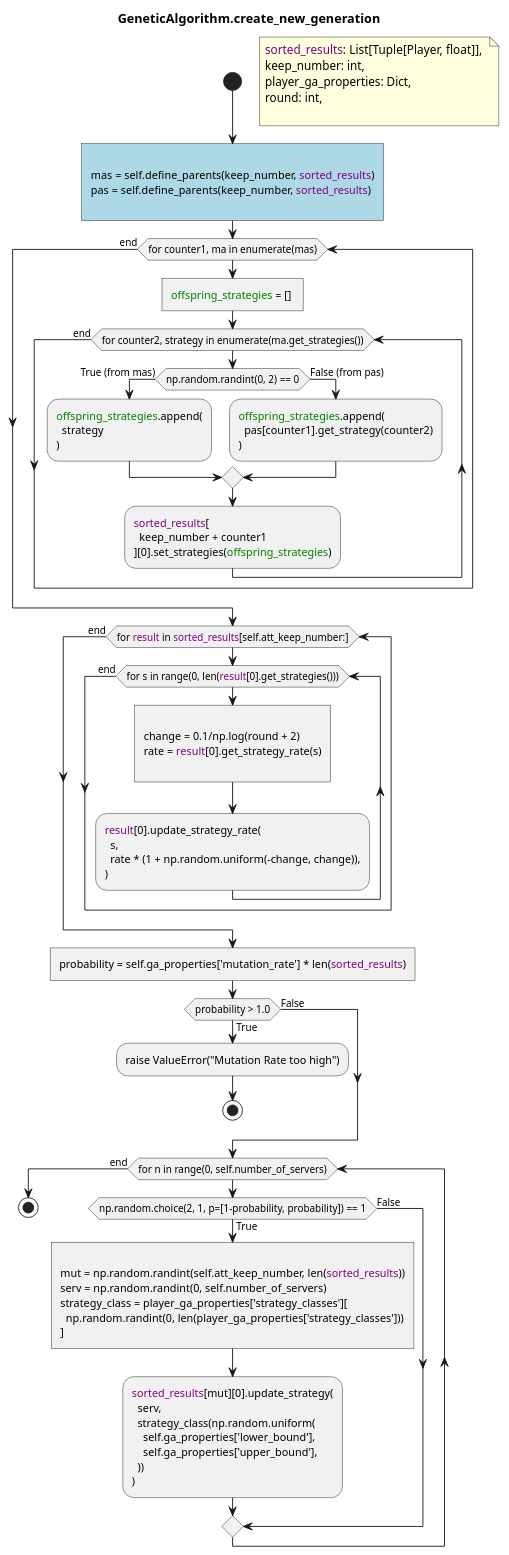
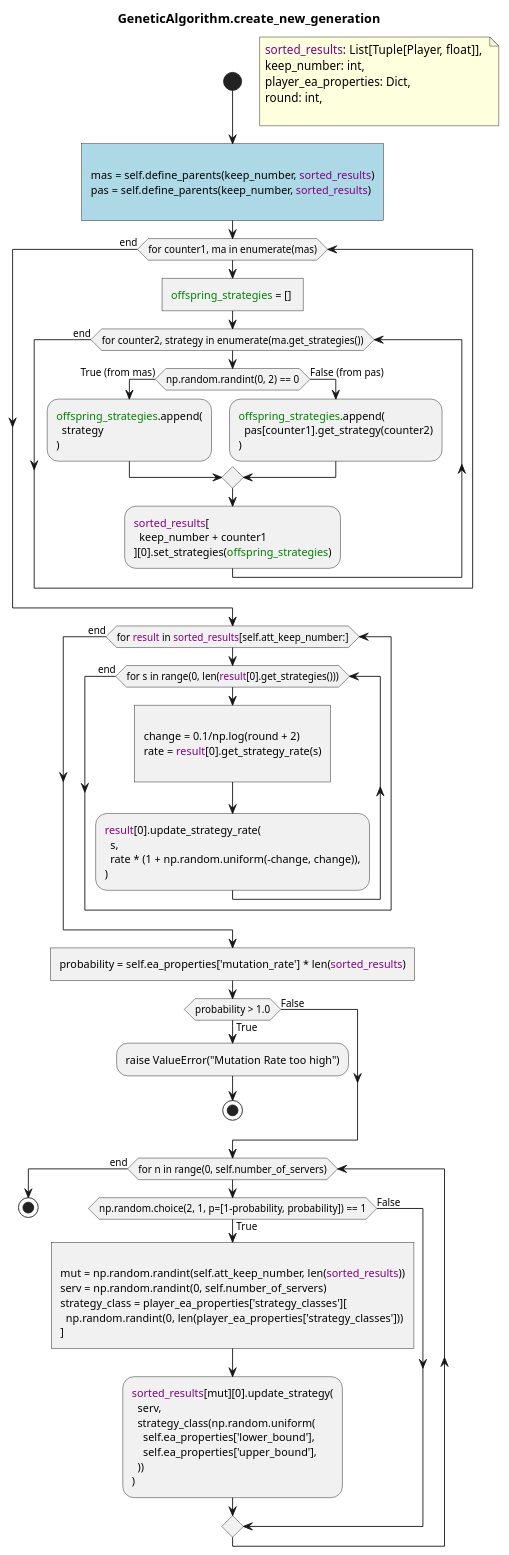
Before and after one commit to ruipimentel/FlipThem-Simulation: the sixth of 7 diagrams in DOCS/activity-diagram_genetic-algorithm.puml, drawn with PlantUML. The commit also changed other lines of this file and 1 other file, not shown here.

```diff
--- a/DOCS/activity-diagram_genetic-algorithm.puml
+++ b/DOCS/activity-diagram_genetic-algorithm.puml
@@ -215,78 +215,78 @@
 @startuml "create_new_generation"
 !pragma useVerticalIf on
 
 title GeneticAlgorithm.create_new_generation
 
 start
 floating note right: \
 <color:purple>sorted_results</color>: List[Tuple[Player, float]], \n\
 keep_number: int, \n\
-player_ga_properties: Dict, \n\
+player_ea_properties: Dict, \n\
 round: int, \n\
 
 #lightblue:
 mas = self.define_parents(keep_number, <color:purple>sorted_results</color>)
 pas = self.define_parents(keep_number, <color:purple>sorted_results</color>)
 ]
 
 while (for counter1, ma in enumerate(mas))
   :<color:green>offspring_strategies</color> = [] ]
   while (for counter2, strategy in enumerate(ma.get_strategies()))
     if (np.random.randint(0, 2) == 0) then (True (from mas))
       :<color:green>offspring_strategies</color>.append(
         strategy
       );
     else (False (from pas))
       :<color:green>offspring_strategies</color>.append(
         pas[counter1].get_strategy(counter2)
       );
     endif
     :<color:purple>sorted_results</color>[
       keep_number + counter1
     ][0].set_strategies(<color:green>offspring_strategies</color>);
   endwhile (end)
 endwhile (end)
 
 while (for <color:purple>result</color> in <color:purple>sorted_results</color>[self.att_keep_number:])
   while (for s in range(0, len(<color:purple>result</color>[0].get_strategies())))
     :
     change = 0.1/np.log(round + 2)
     rate = <color:purple>result</color>[0].get_strategy_rate(s)
     ]
     :<color:purple>result</color>[0].update_strategy_rate(
       s,
       rate * (1 + np.random.uniform(-change, change)),
     );
   endwhile (end)
 endwhile (end)
 
-:probability = self.ga_properties['mutation_rate'] * len(<color:purple>sorted_results</color>)]
+:probability = self.ea_properties['mutation_rate'] * len(<color:purple>sorted_results</color>)]
 
 if (probability > 1.0) then (True)
   :raise ValueError("Mutation Rate too high");
   stop
 else (False)
 endif
 
 while (for n in range(0, self.number_of_servers))
   if (np.random.choice(2, 1, p=[1-probability, probability]) == 1) then (True)
     :
     mut = np.random.randint(self.att_keep_number, len(<color:purple>sorted_results</color>))
     serv = np.random.randint(0, self.number_of_servers)
-    strategy_class = player_ga_properties['strategy_classes'][
-      np.random.randint(0, len(player_ga_properties['strategy_classes']))
+    strategy_class = player_ea_properties['strategy_classes'][
+      np.random.randint(0, len(player_ea_properties['strategy_classes']))
     ] ]
     :<color:purple>sorted_results</color>[mut][0].update_strategy(
       serv,
       strategy_class(np.random.uniform(
-        self.ga_properties['lower_bound'],
-        self.ga_properties['upper_bound'],
+        self.ea_properties['lower_bound'],
+        self.ea_properties['upper_bound'],
       ))
     );
   else (False)
   endif
 endwhile (end)
 
 stop
 
 @enduml
```
